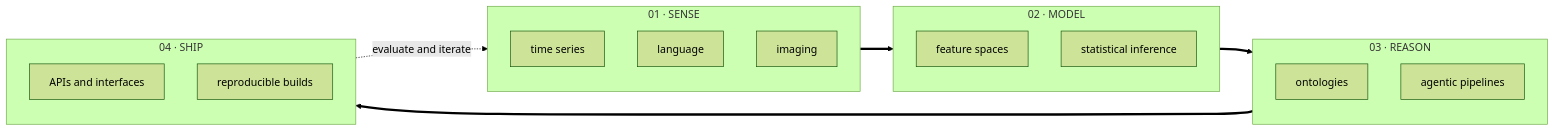
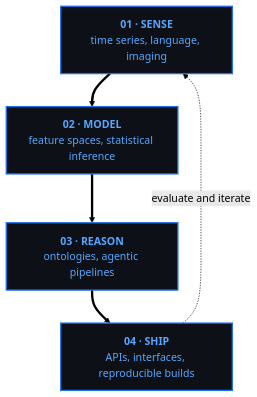
Before and after one commit to stvsever/stvsever: the diagram in README.md, drawn with Mermaid (forest theme). The commit also changed other lines of this file, not shown here.

Commit message:
Make header name static and enlarge system diagram

````diff
--- a/README.md
+++ b/README.md
@@ -34,27 +36,13 @@
 ```mermaid
-flowchart LR
-    subgraph S1["01 · SENSE"]
-        direction TB
-        A1["time series"]
-        A2["language"]
-        A3["imaging"]
-    end
-    subgraph S2["02 · MODEL"]
-        direction TB
-        B1["feature spaces"]
-        B2["statistical inference"]
-    end
-    subgraph S3["03 · REASON"]
-        direction TB
-        C1["ontologies"]
-        C2["agentic pipelines"]
-    end
-    subgraph S4["04 · SHIP"]
-        direction TB
-        D1["APIs and interfaces"]
-        D2["reproducible builds"]
-    end
+flowchart TB
+    A["<b>01 · SENSE</b><br/>time series, language, imaging"]
+    B["<b>02 · MODEL</b><br/>feature spaces, statistical inference"]
+    C["<b>03 · REASON</b><br/>ontologies, agentic pipelines"]
+    D["<b>04 · SHIP</b><br/>APIs, interfaces, reproducible builds"]
 
-    S1 ==> S2 ==> S3 ==> S4
-    S4 -.->|evaluate and iterate| S1
+    A ==> B ==> C ==> D
+    D -.->|evaluate and iterate| A
+
+    classDef stage fill:#0D1117,stroke:#1F6FEB,stroke-width:2px,color:#58A6FF
+    class A,B,C,D stage
 ```
````
